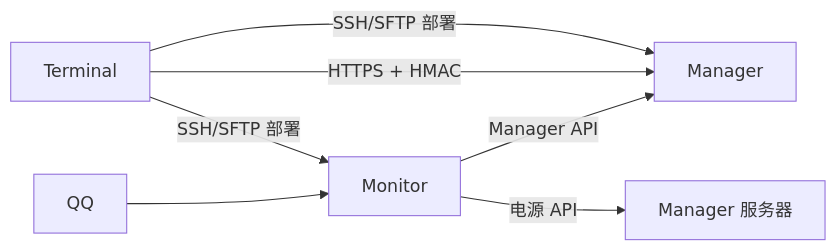
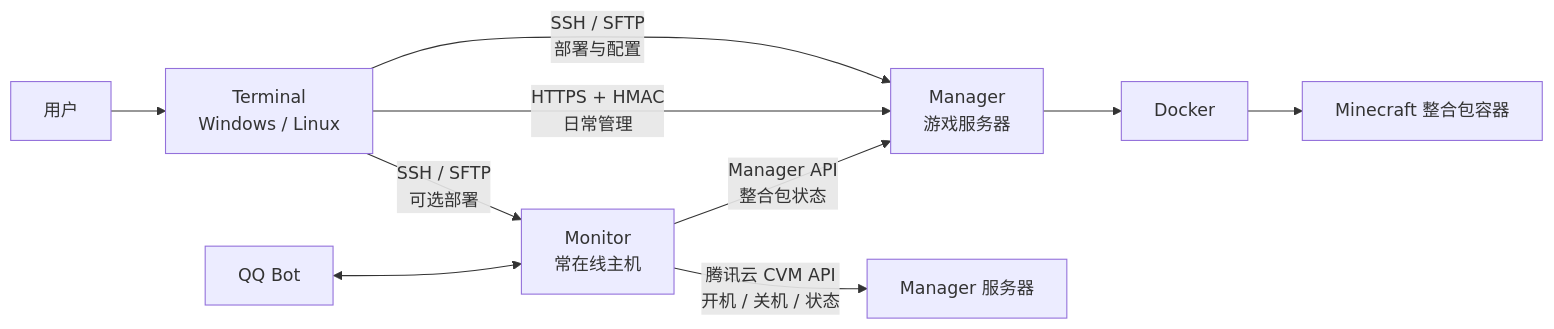
One commit to TunArund/MC-ServerPack changed the diagram in readme.md. Above: the diagram before and after it, drawn with Mermaid. The commit also changed other lines of this file and 18 other files, not shown here.

````diff
--- a/readme.md
+++ b/readme.md
@@ -6,9 +13,12 @@
 ```mermaid
 flowchart LR
-  T[Terminal] -->|SSH/SFTP 部署| M[Manager]
-  T -->|HTTPS + HMAC| M
-  T -->|SSH/SFTP 部署| N[Monitor]
-  N -->|电源 API| C[Manager 服务器]
-  N -->|Manager API| M
-  Q[QQ] --> N
+  U[用户] --> T[Terminal<br/>Windows / Linux]
+  T -->|SSH / SFTP<br/>部署与配置| M[Manager<br/>游戏服务器]
+  T -->|HTTPS + HMAC<br/>日常管理| M
+  T -->|SSH / SFTP<br/>可选部署| N[Monitor<br/>常在线主机]
+  N -->|腾讯云 CVM API<br/>开机 / 关机 / 状态| C[Manager 服务器]
+  N -->|Manager API<br/>整合包状态| M
+  Q[QQ Bot] <--> N
+  M --> D[Docker]
+  D --> P[Minecraft 整合包容器]
 ```
````
